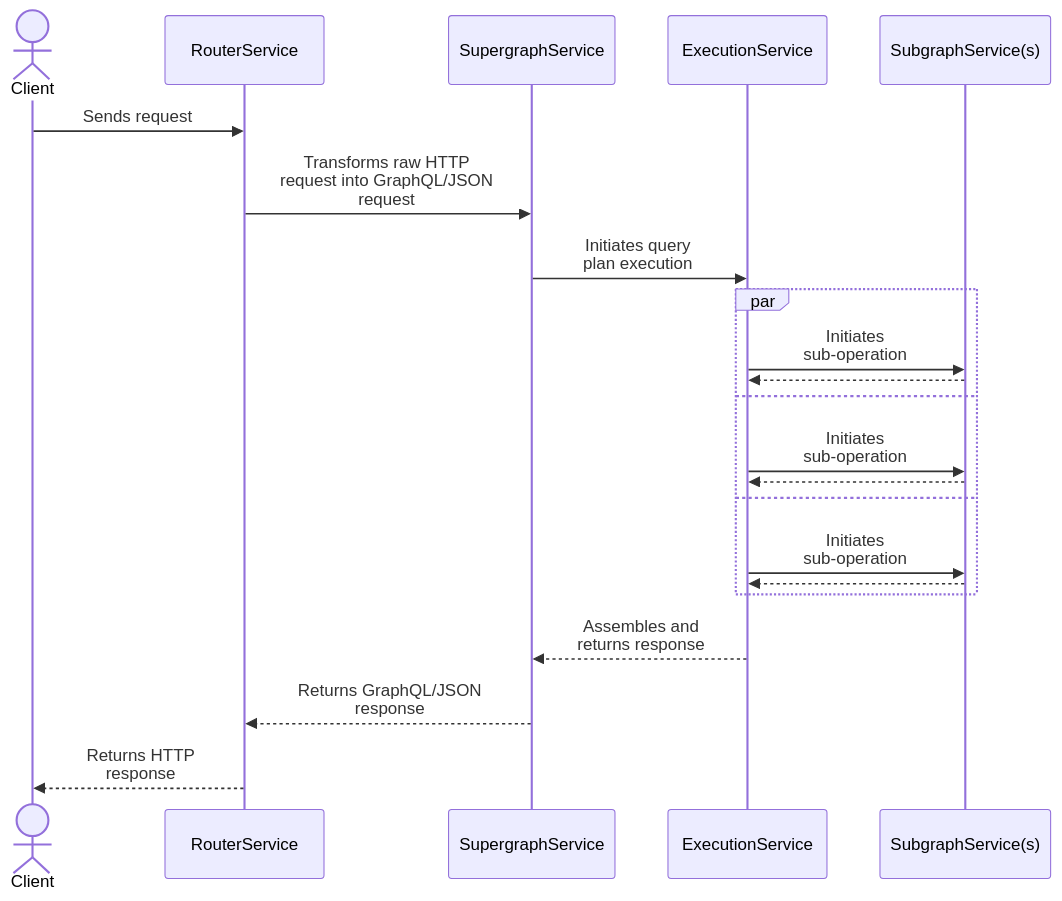
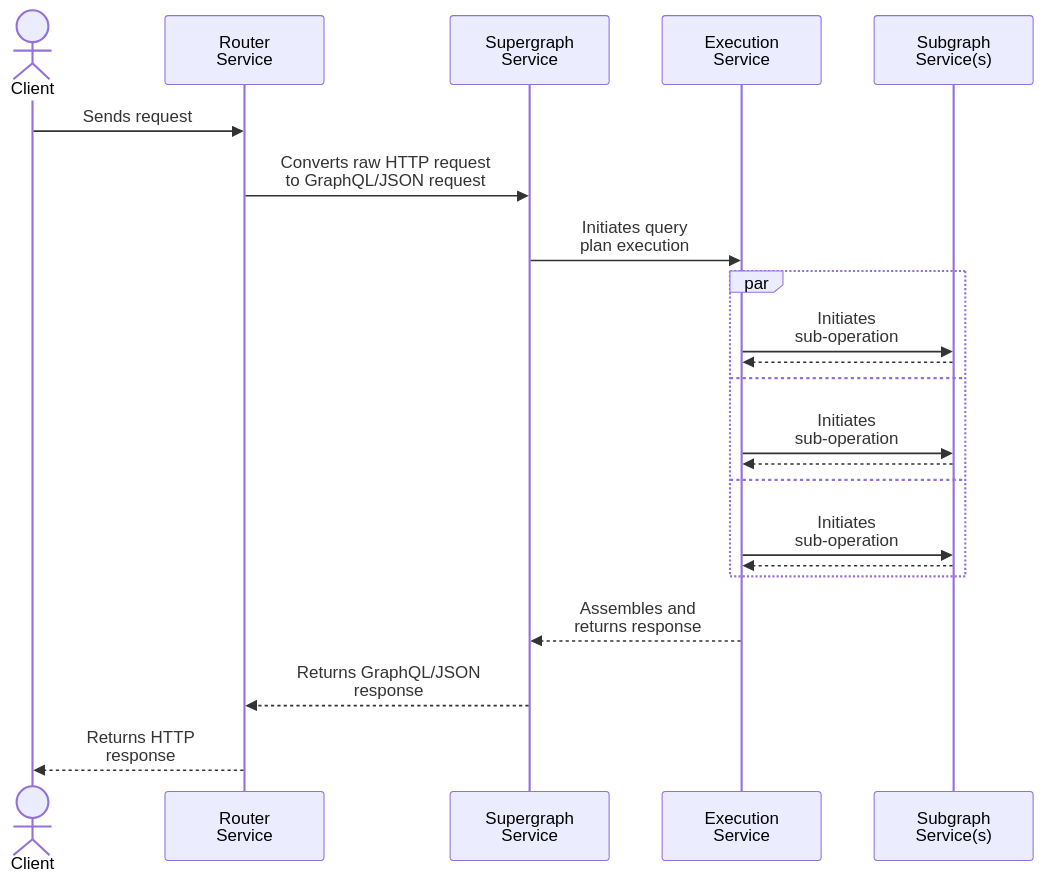
Before and after one commit to apollographql/router: the first of 3 diagrams in docs/source/customizations/rhai.mdx, drawn with Mermaid.

Commit message:
Minor diagram tweak

````diff
--- a/docs/source/customizations/rhai.mdx
+++ b/docs/source/customizations/rhai.mdx
@@ -139,25 +139,25 @@
 ```mermaid
 sequenceDiagram
     actor Client
-    participant RS as RouterService
-    participant SupergraphService
-    participant ExecutionService
-    participant SubgraphService(s)
+    participant RouterService as Router<br/>Service
+    participant SupergraphService as Supergraph<br/>Service
+    participant ExecutionService as Execution<br/>Service
+    participant SubgraphService(s) as Subgraph<br/>Service(s)
 
-    Client->>RS: Sends request
-    RS->>SupergraphService: Transforms raw HTTP<br/>request into GraphQL/JSON<br/>request
+    Client->>RouterService: Sends request
+    RouterService->>SupergraphService: Converts raw HTTP request<br/>to GraphQL/JSON request
     SupergraphService->>ExecutionService: Initiates query<br/>plan execution
     par
     ExecutionService->>SubgraphService(s): Initiates<br/>sub-operation
     SubgraphService(s)-->>ExecutionService: 
     and
     ExecutionService->>SubgraphService(s): Initiates<br/>sub-operation
     SubgraphService(s)-->>ExecutionService: 
     and
     ExecutionService->>SubgraphService(s): Initiates<br/>sub-operation
     SubgraphService(s)-->>ExecutionService: 
     end
     ExecutionService-->>SupergraphService: Assembles and<br/>returns response
-    SupergraphService-->>RS: Returns GraphQL/JSON<br/>response
-    RS-->>Client: Returns HTTP<br/>response
+    SupergraphService-->>RouterService: Returns GraphQL/JSON<br/>response
+    RouterService-->>Client: Returns HTTP<br/>response
 ```
````
